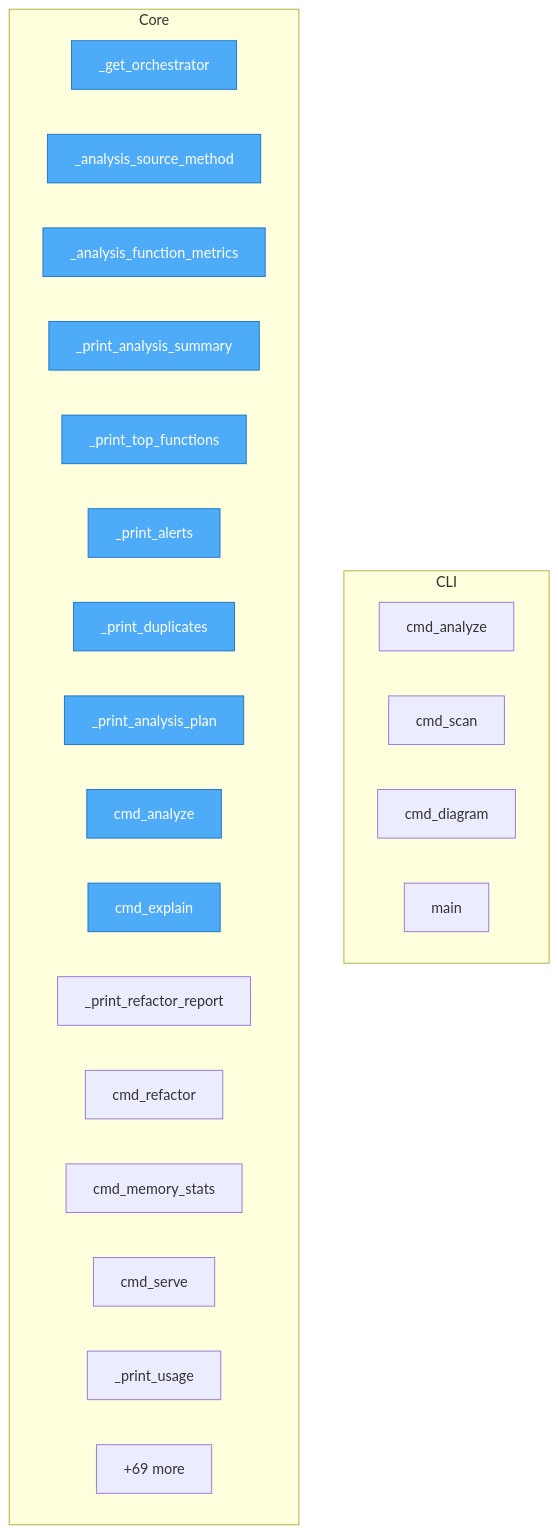
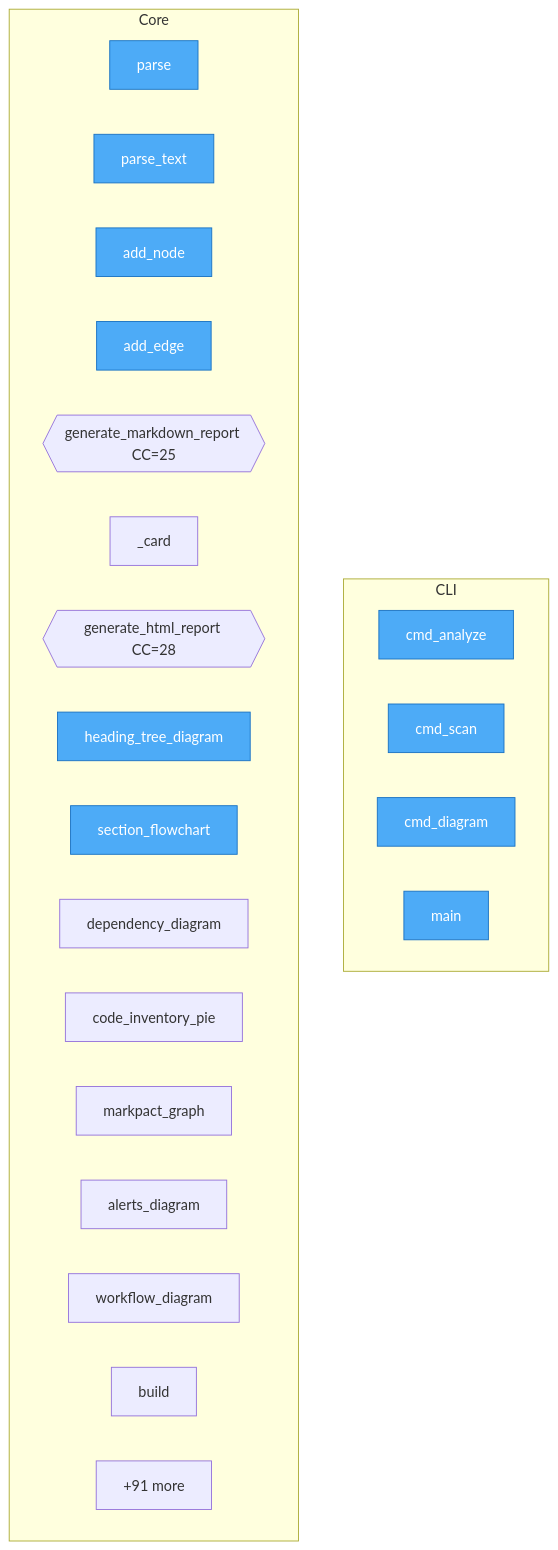
Before and after one commit to semcod/mdflow: the diagram in project/flow.mmd, drawn with Mermaid. The commit also changed 34 other files, not shown here.

First line of the commit message:
refactor(docs): code analysis engine

```diff
--- a/project/flow.mmd
+++ b/project/flow.mmd
@@ -1,32 +1,32 @@
 flowchart TD
 
     %% Entry points (blue)
     classDef entry fill:#4dabf7,stroke:#1971c2,color:#fff
 
     subgraph CLI
         mdflow__cli__cmd_analyze["cmd_analyze"]
         mdflow__cli__cmd_scan["cmd_scan"]
         mdflow__cli__cmd_diagram["cmd_diagram"]
         mdflow__cli__main["main"]
     end
 
     subgraph Core
-        SUMR___get_orchestrator["_get_orchestrator"]
-        SUMR___analysis_source_method["_analysis_source_method"]
-        SUMR___analysis_function_metrics["_analysis_function_metrics"]
-        SUMR___print_analysis_summary["_print_analysis_summary"]
-        SUMR___print_top_functions["_print_top_functions"]
-        SUMR___print_alerts["_print_alerts"]
-        SUMR___print_duplicates["_print_duplicates"]
-        SUMR___print_analysis_plan["_print_analysis_plan"]
-        SUMR__cmd_analyze["cmd_analyze"]
-        SUMR__cmd_explain["cmd_explain"]
-        SUMR___print_refactor_report["_print_refactor_report"]
-        SUMR__cmd_refactor["cmd_refactor"]
-        SUMR__cmd_memory_stats["cmd_memory_stats"]
-        SUMR__cmd_serve["cmd_serve"]
-        SUMR___print_usage["_print_usage"]
-        ...["+69 more"]
+        mdflow__parser__MdParser__parse["parse"]
+        mdflow__parser__MdParser__parse_text["parse_text"]
+        mdflow__models__DependencyGraph__add_node["add_node"]
+        mdflow__models__DependencyGraph__add_edge["add_edge"]
+        mdflow__generators__markdown__generate_markdown_report{{generate_markdown_report CC=25}}
+        mdflow__generators__html___card["_card"]
+        mdflow__generators__html__generate_html_report{{generate_html_report CC=28}}
+        mdflow__generators__mermaid__heading_tree_diagram["heading_tree_diagram"]
+        mdflow__generators__mermaid__section_flowchart["section_flowchart"]
+        mdflow__generators__mermaid__dependency_diagram["dependency_diagram"]
+        mdflow__generators__mermaid__code_inventory_pie["code_inventory_pie"]
+        mdflow__generators__mermaid__markpact_graph["markpact_graph"]
+        mdflow__generators__mermaid__alerts_diagram["alerts_diagram"]
+        mdflow__generators__mermaid__workflow_diagram["workflow_diagram"]
+        mdflow__analyzers__DependencyAnalyzer__build["build"]
+        ...["+91 more"]
     end
 
-    class SUMR___get_orchestrator,SUMR___analysis_source_method,SUMR___analysis_function_metrics,SUMR___print_analysis_summary,SUMR___print_top_functions,SUMR___print_alerts,SUMR___print_duplicates,SUMR___print_analysis_plan,SUMR__cmd_analyze,SUMR__cmd_explain entry
+    class mdflow__cli__cmd_analyze,mdflow__cli__cmd_scan,mdflow__cli__cmd_diagram,mdflow__cli__main,mdflow__parser__MdParser__parse,mdflow__parser__MdParser__parse_text,mdflow__models__DependencyGraph__add_node,mdflow__models__DependencyGraph__add_edge,mdflow__generators__mermaid__heading_tree_diagram,mdflow__generators__mermaid__section_flowchart entry
```
